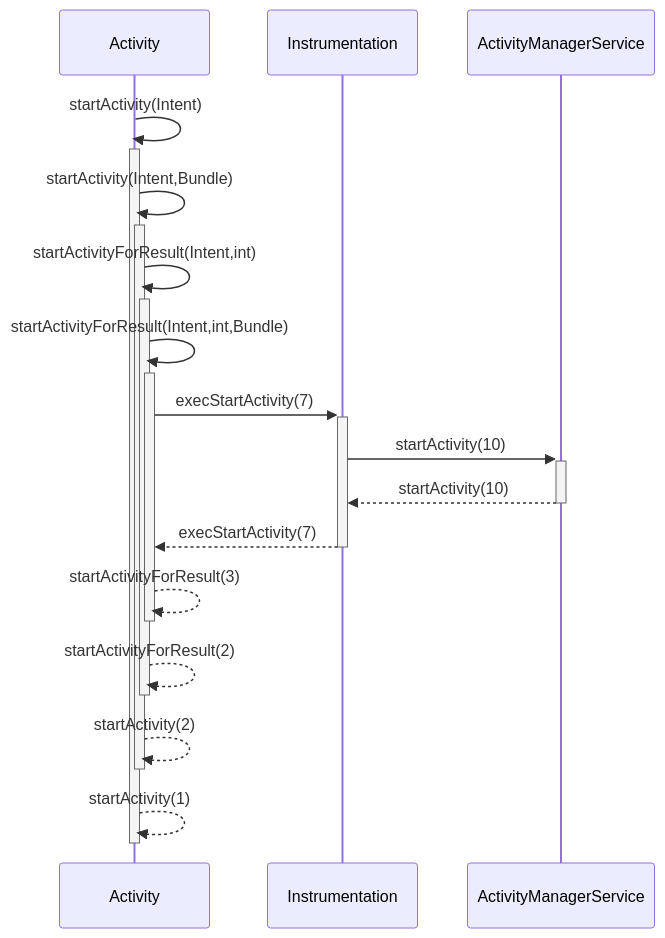
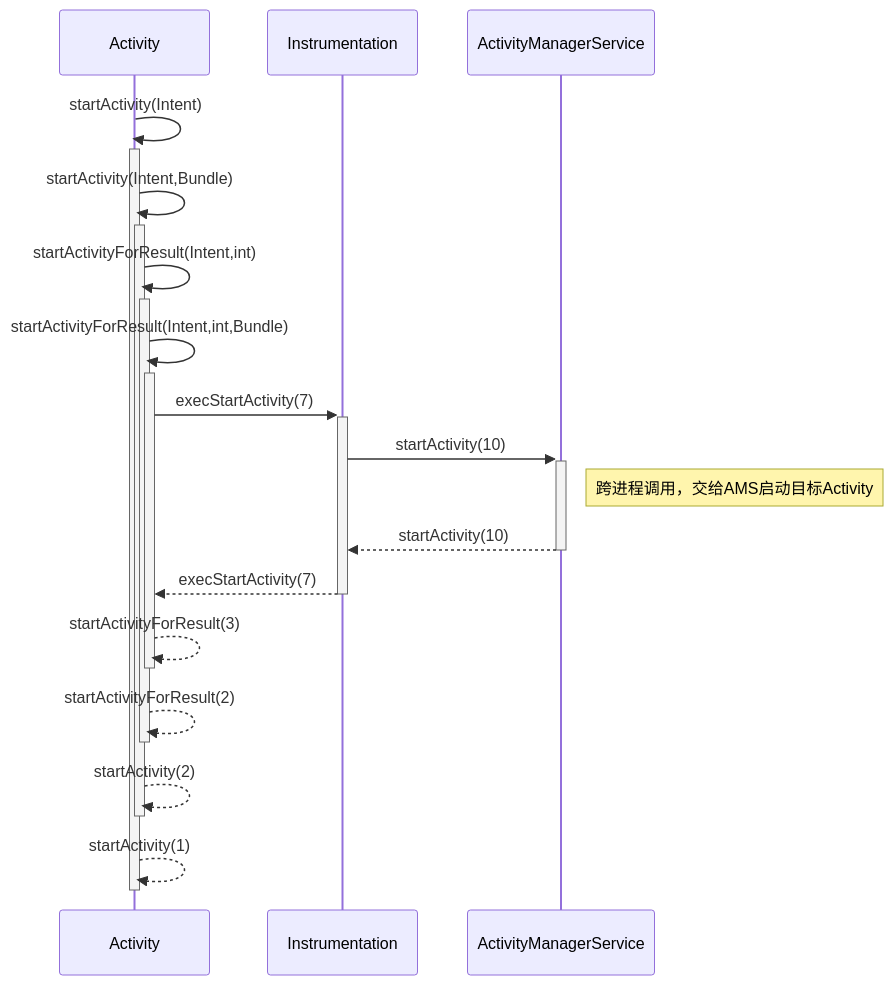
The first of 3 diagrams in tech/Android/Android四大组件/Activity/Activity启动流程时序图.md (hdszylcd19/tech), drawn with Mermaid before and after one commit. The commit also changed other lines of this file and 4 other files, not shown here.

Commit message:
新增使用PlantUML方式生成时序图

````diff
--- a/tech/Android/Android四大组件/Activity/Activity启动流程时序图.md
+++ b/tech/Android/Android四大组件/Activity/Activity启动流程时序图.md
@@ -4,21 +4,24 @@
 ```mermaid
 sequenceDiagram
 	participant A as Activity
 	participant I as Instrumentation
 	participant AMS as ActivityManagerService
-
+	
+	%% 注释信息
 	A->>+A:startActivity(Intent)
 	A->>+A:startActivity(Intent,Bundle)
 	A->>+A:startActivityForResult(Intent,int)
 	A->>+A:startActivityForResult(Intent,int,Bundle)
 	A->>+I:execStartActivity(7)
 
 	I->>+AMS:startActivity(10)
+	Note right of AMS: 跨进程调用，交给AMS启动目标Activity
+
 	AMS-->>-I:startActivity(10)
 
 	I-->>-A:execStartActivity(7)
 	A-->>-A:startActivityForResult(3)
 	A-->>-A:startActivityForResult(2)
 	A-->>-A:startActivity(2)
 	A-->>-A:startActivity(1)
 ```
````
